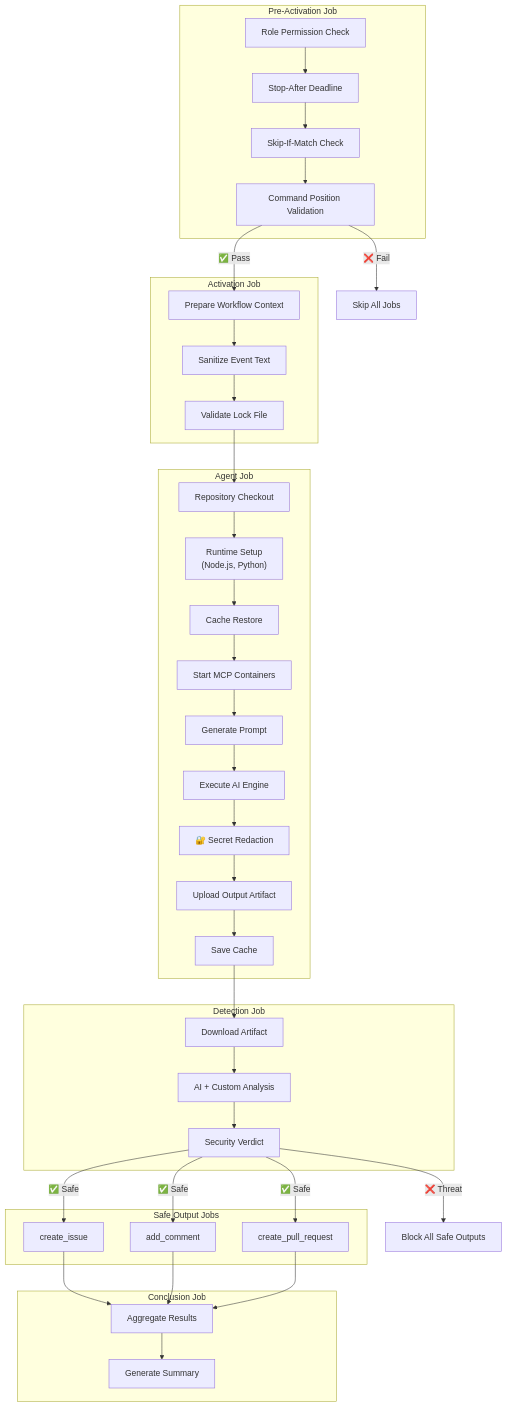
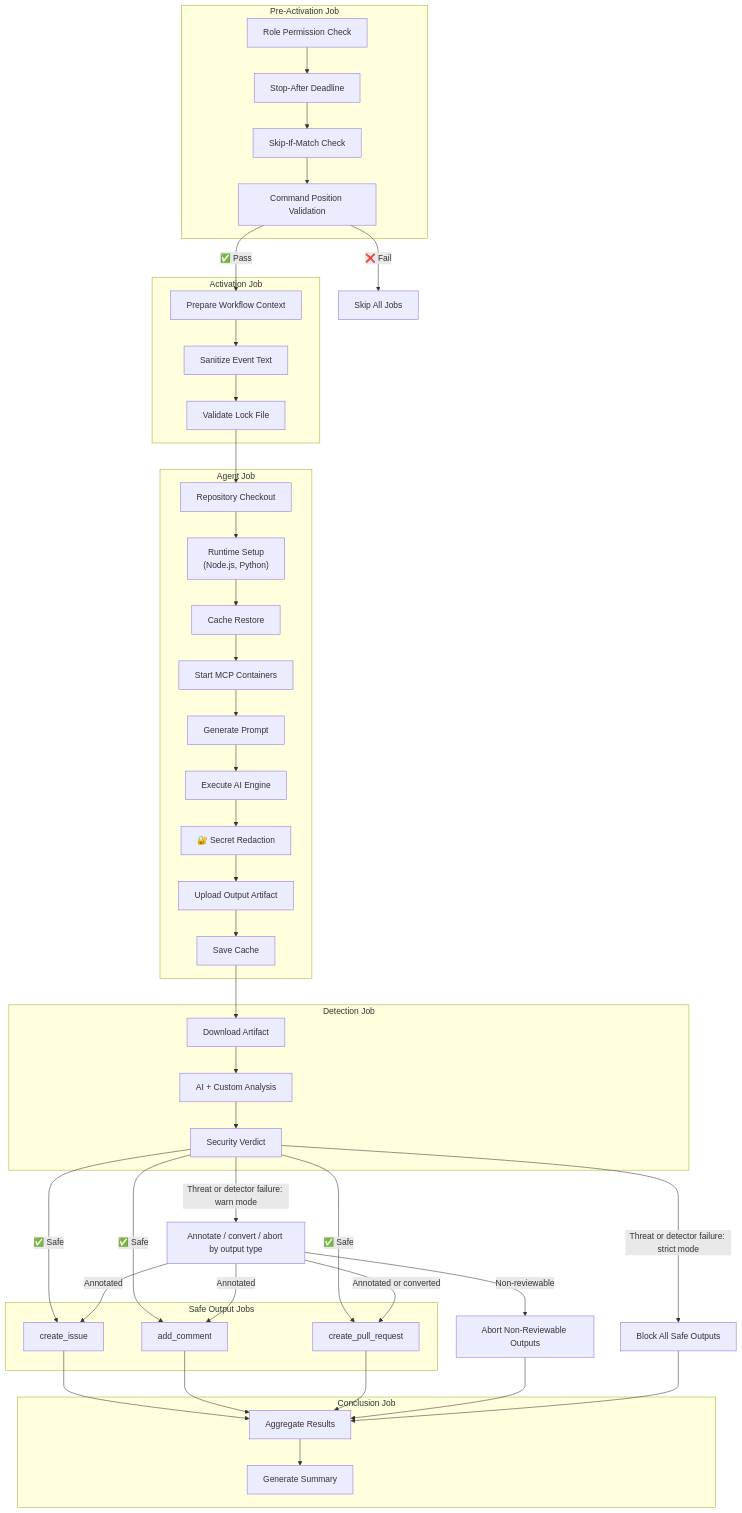
One commit to github/gh-aw changed the tenth of 11 diagrams in docs/src/content/docs/introduction/architecture.mdx. Above: the diagram before and after it, drawn with Mermaid. The commit also changed 1 other file, not shown here.

Commit message:
docs: align remaining detection descriptions with warn mode

````diff
--- a/docs/src/content/docs/introduction/architecture.mdx
+++ b/docs/src/content/docs/introduction/architecture.mdx
@@ -738,10 +738,17 @@
     VERDICT -->|"✅ Safe"| CREATE_ISSUE
     VERDICT -->|"✅ Safe"| ADD_COMMENT
     VERDICT -->|"✅ Safe"| CREATE_PR
-    VERDICT -->|"❌ Threat"| BLOCK_ALL["Block All Safe Outputs"]
+    VERDICT -->|"Threat or detector failure: warn mode"| WARN_POLICY["Annotate / convert / abort by output type"]
+    WARN_POLICY -->|"Annotated"| CREATE_ISSUE
+    WARN_POLICY -->|"Annotated"| ADD_COMMENT
+    WARN_POLICY -->|"Annotated or converted"| CREATE_PR
+    WARN_POLICY -->|"Non-reviewable"| ABORT["Abort Non-Reviewable Outputs"]
+    VERDICT -->|"Threat or detector failure: strict mode"| BLOCK_ALL["Block All Safe Outputs"]
 
     CREATE_ISSUE --> AGGREGATE
     ADD_COMMENT --> AGGREGATE
     CREATE_PR --> AGGREGATE
+    ABORT --> AGGREGATE
+    BLOCK_ALL --> AGGREGATE
     AGGREGATE --> SUMMARY
 ```
````
